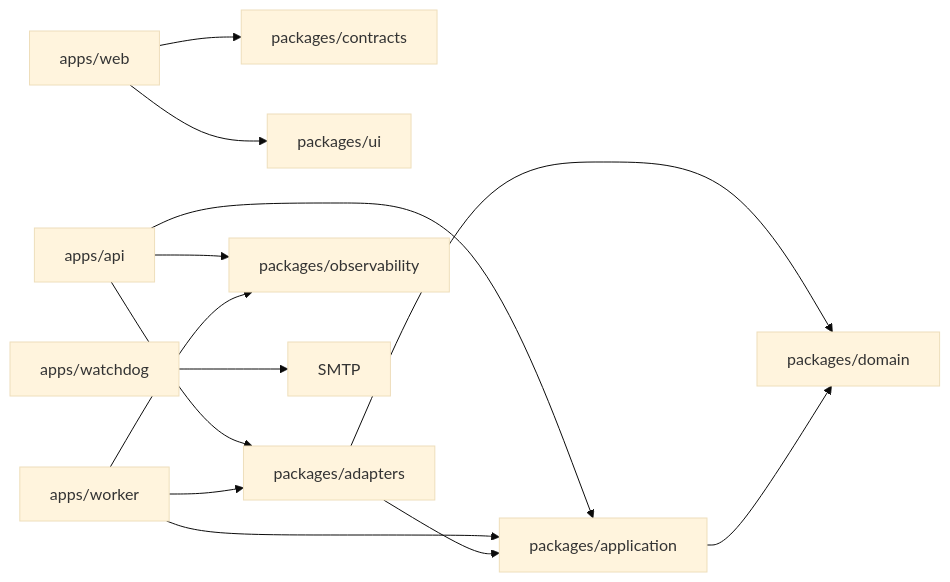
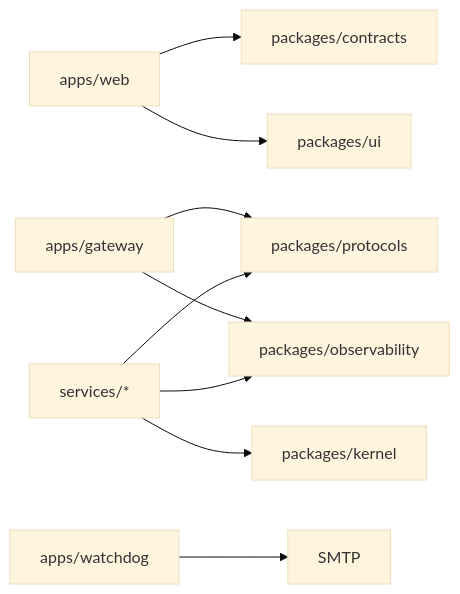
The second of 8 diagrams in docs/architecture.md (r4ai/news-podcast), drawn with Mermaid (base theme) before and after one commit. The commit also changed other lines of this file and 8 other files, not shown here.

Commit message:
docs(architecture): record legacy removal

````diff
--- a/docs/architecture.md
+++ b/docs/architecture.md
@@ -110,15 +83,11 @@
 ```mermaid
 flowchart LR
   Web["apps/web"] --> Contracts["packages/contracts"]
   Web --> UI["packages/ui"]
-  API["apps/api"] --> Application["packages/application"]
-  API --> Adapters["packages/adapters"]
-  Worker["apps/worker"] --> Application
-  Worker --> Adapters
-  API --> Observability["packages/observability"]
-  Worker --> Observability
+  Gateway["apps/gateway"] --> Protocols["packages/protocols"]
+  Gateway --> Observability["packages/observability"]
+  Services["services/*"] --> Protocols
+  Services --> Kernel["packages/kernel"]
+  Services --> Observability
   Watchdog["apps/watchdog"] --> SMTP["SMTP"]
-  Adapters --> Application
-  Adapters --> Domain["packages/domain"]
-  Application --> Domain
 ```
````
